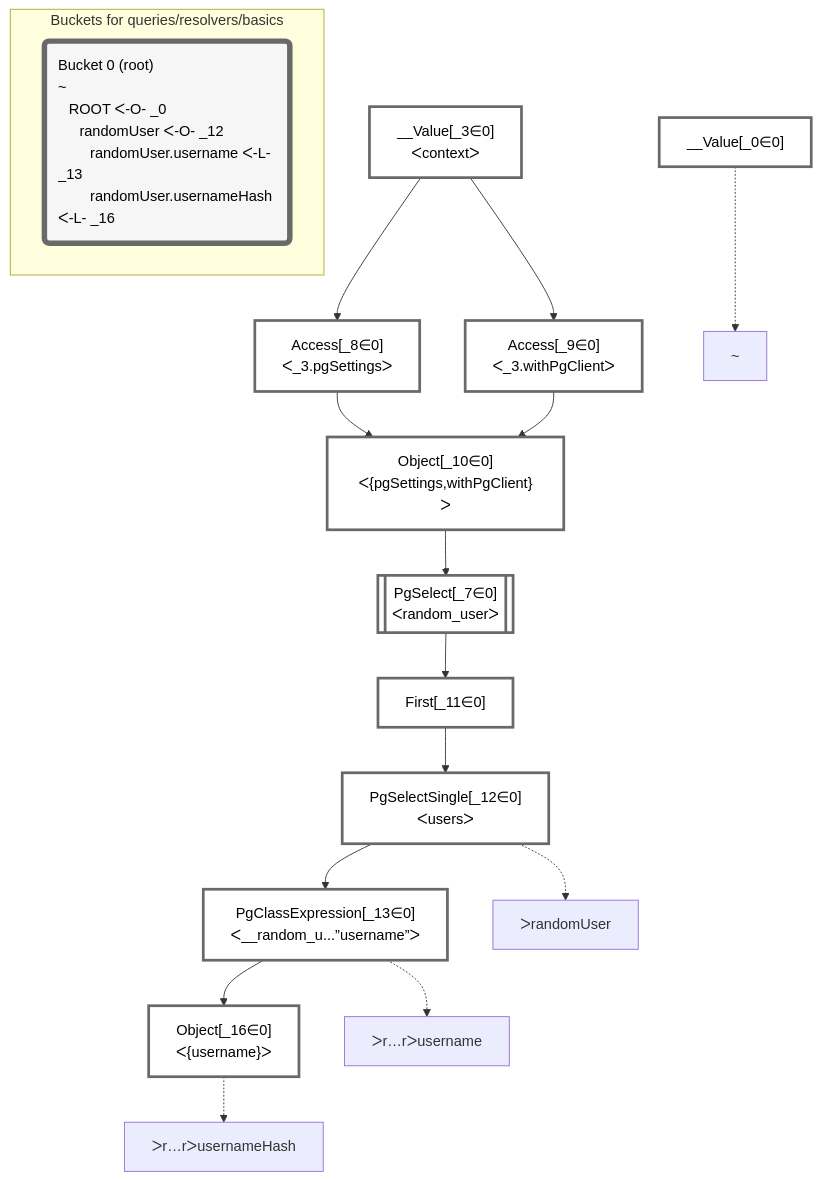
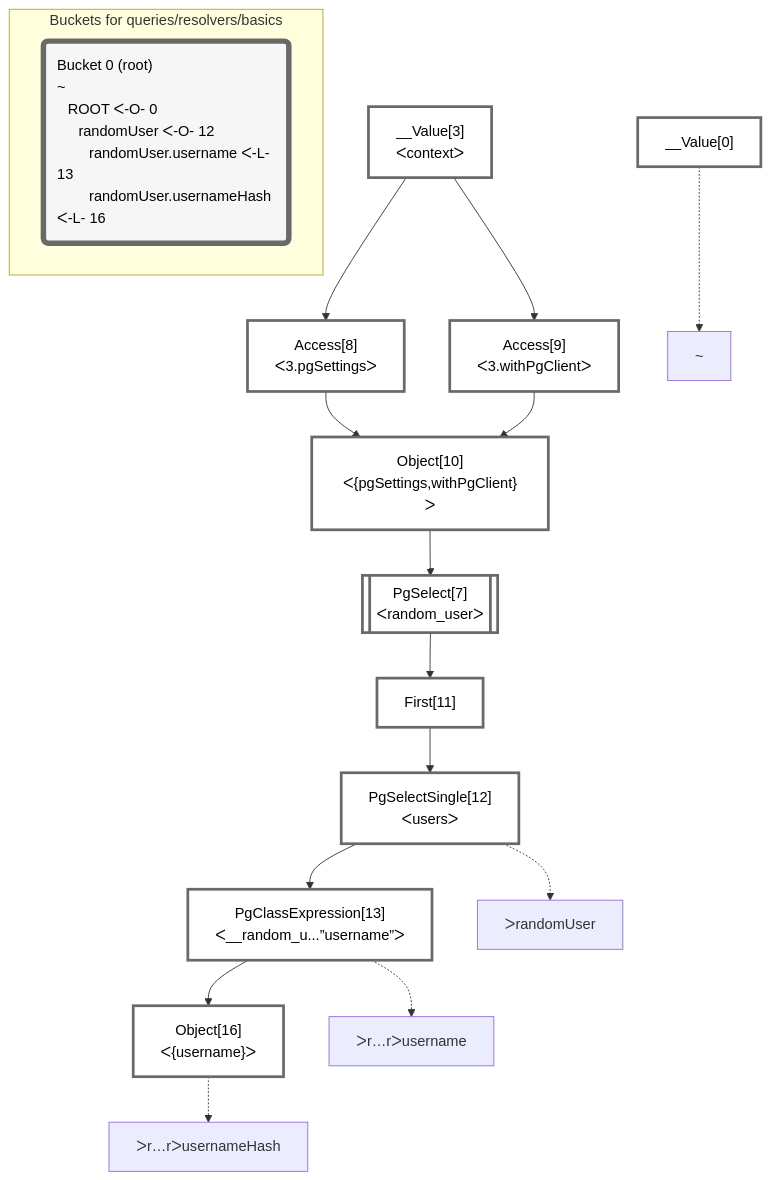
One commit to graphile/crystal changed the diagram in packages/dataplan-pg/__tests__/queries/resolvers/basics.mermaid.md. Above: the diagram before and after it, drawn with Mermaid. The commit also changed 195 other files, not shown here.

````diff
--- a/packages/dataplan-pg/__tests__/queries/resolvers/basics.mermaid.md
+++ b/packages/dataplan-pg/__tests__/queries/resolvers/basics.mermaid.md
@@ -1,47 +1,47 @@
 ```mermaid
 graph TD
     classDef path fill:#eee,stroke:#000,color:#000
     classDef plan fill:#fff,stroke-width:3px,color:#000
     classDef itemplan fill:#fff,stroke-width:6px,color:#000
     classDef sideeffectplan fill:#f00,stroke-width:6px,color:#000
     classDef bucket fill:#f6f6f6,color:#000,stroke-width:6px,text-align:left
 
 
     %% define plans
-    __Value_0["__Value[_0∈0]"]:::plan
-    Object_16["Object[_16∈0]<br />ᐸ{username}ᐳ"]:::plan
-    PgClassExpression_13["PgClassExpression[_13∈0]<br />ᐸ__random_u...”username”ᐳ"]:::plan
-    PgSelectSingle_12["PgSelectSingle[_12∈0]<br />ᐸusersᐳ"]:::plan
-    First_11["First[_11∈0]"]:::plan
-    PgSelect_7[["PgSelect[_7∈0]<br />ᐸrandom_userᐳ"]]:::plan
-    Object_10["Object[_10∈0]<br />ᐸ{pgSettings,withPgClient}ᐳ"]:::plan
-    Access_8["Access[_8∈0]<br />ᐸ_3.pgSettingsᐳ"]:::plan
-    Access_9["Access[_9∈0]<br />ᐸ_3.withPgClientᐳ"]:::plan
-    __Value_3["__Value[_3∈0]<br />ᐸcontextᐳ"]:::plan
+    __Value0["__Value[0]"]:::plan
+    Object16["Object[16]<br />ᐸ{username}ᐳ"]:::plan
+    PgClassExpression13["PgClassExpression[13]<br />ᐸ__random_u...”username”ᐳ"]:::plan
+    PgSelectSingle12["PgSelectSingle[12]<br />ᐸusersᐳ"]:::plan
+    First11["First[11]"]:::plan
+    PgSelect7[["PgSelect[7]<br />ᐸrandom_userᐳ"]]:::plan
+    Object10["Object[10]<br />ᐸ{pgSettings,withPgClient}ᐳ"]:::plan
+    Access8["Access[8]<br />ᐸ3.pgSettingsᐳ"]:::plan
+    Access9["Access[9]<br />ᐸ3.withPgClientᐳ"]:::plan
+    __Value3["__Value[3]<br />ᐸcontextᐳ"]:::plan
 
     %% plan dependencies
-    PgClassExpression_13 --> Object_16
-    PgSelectSingle_12 --> PgClassExpression_13
-    First_11 --> PgSelectSingle_12
-    PgSelect_7 --> First_11
-    Object_10 --> PgSelect_7
-    Access_8 & Access_9 --> Object_10
-    __Value_3 --> Access_8
-    __Value_3 --> Access_9
+    PgClassExpression13 --> Object16
+    PgSelectSingle12 --> PgClassExpression13
+    First11 --> PgSelectSingle12
+    PgSelect7 --> First11
+    Object10 --> PgSelect7
+    Access8 & Access9 --> Object10
+    __Value3 --> Access8
+    __Value3 --> Access9
 
     %% plan-to-path relationships
-    P_0["~"]
-    __Value_0 -.-> P_0
-    P_12["ᐳrandomUser"]
-    PgSelectSingle_12 -.-> P_12
-    P_13["ᐳr…rᐳusername"]
-    PgClassExpression_13 -.-> P_13
-    P_16["ᐳr…rᐳusernameHash"]
-    Object_16 -.-> P_16
+    P0["~"]
+    __Value0 -.-> P0
+    P12["ᐳrandomUser"]
+    PgSelectSingle12 -.-> P12
+    P13["ᐳr…rᐳusername"]
+    PgClassExpression13 -.-> P13
+    P16["ᐳr…rᐳusernameHash"]
+    Object16 -.-> P16
 
     subgraph "Buckets for queries/resolvers/basics"
-    Bucket0("Bucket 0 (root)<br />~<br />⠀ROOT ᐸ-O- _0<br />⠀⠀randomUser ᐸ-O- _12<br />⠀⠀⠀randomUser.username ᐸ-L- _13<br />⠀⠀⠀randomUser.usernameHash ᐸ-L- _16"):::bucket
+    Bucket0("Bucket 0 (root)<br />~<br />⠀ROOT ᐸ-O- 0<br />⠀⠀randomUser ᐸ-O- 12<br />⠀⠀⠀randomUser.username ᐸ-L- 13<br />⠀⠀⠀randomUser.usernameHash ᐸ-L- 16"):::bucket
     classDef bucket0 stroke:#696969
-    class Bucket0,__Value_0,__Value_3,PgSelect_7,Access_8,Access_9,Object_10,First_11,PgSelectSingle_12,PgClassExpression_13,Object_16 bucket0
+    class Bucket0,__Value0,__Value3,PgSelect7,Access8,Access9,Object10,First11,PgSelectSingle12,PgClassExpression13,Object16 bucket0
     end
 ```
````
